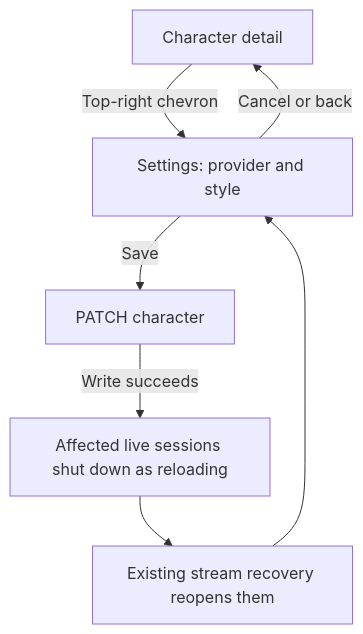
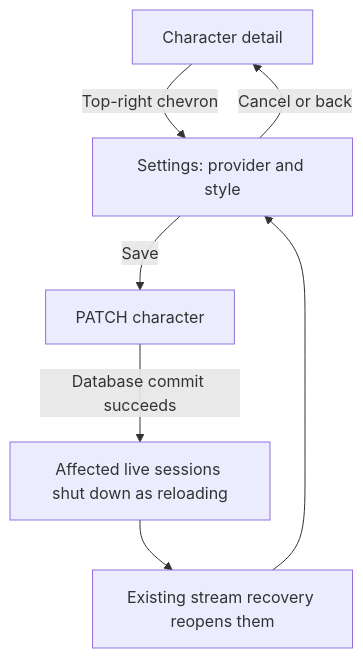
Before and after one commit to michaelpopov/cha: the third of 7 diagrams in docs/web-ui/flows.md, drawn with Mermaid. The commit also changed other lines of this file and 43 other files, not shown here.

````diff
--- a/docs/web-ui/flows.md
+++ b/docs/web-ui/flows.md
@@ -51,9 +50,9 @@
 ```mermaid
 flowchart TD
     Detail["Character detail"] -->|"Top-right chevron"| Form["Settings: provider and style"]
     Form -->|"Cancel or back"| Detail
     Form -->|"Save"| Patch["PATCH character"]
-    Patch -->|"Write succeeds"| Reload["Affected live sessions shut down as reloading"]
-    Reload --> Ladder["Existing stream recovery reopens them"]
+    Patch -->|"Database commit succeeds"| Restart["Affected live sessions shut down as reloading"]
+    Restart --> Ladder["Existing stream recovery reopens them"]
     Ladder --> Form
 ```
````
